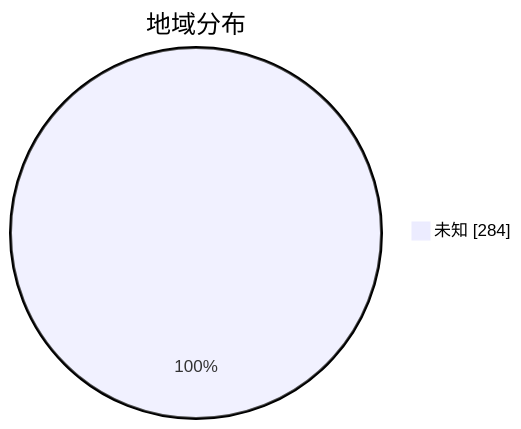
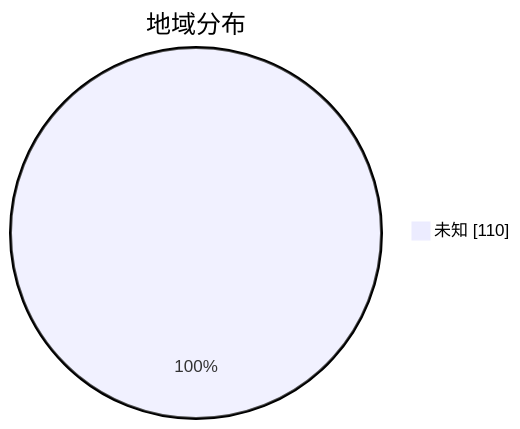
The second of 3 diagrams in subs/statistics/tested_within.md (qjlxg/airport), drawn with Mermaid before and after one commit. The commit also changed other lines of this file and 2 other files, not shown here.

````diff
--- a/subs/statistics/tested_within.md
+++ b/subs/statistics/tested_within.md
@@ -14,5 +13,5 @@
 ```mermaid
 pie showData
 title 地域分布
-"未知" : 284
+"未知" : 110
 ```
````
